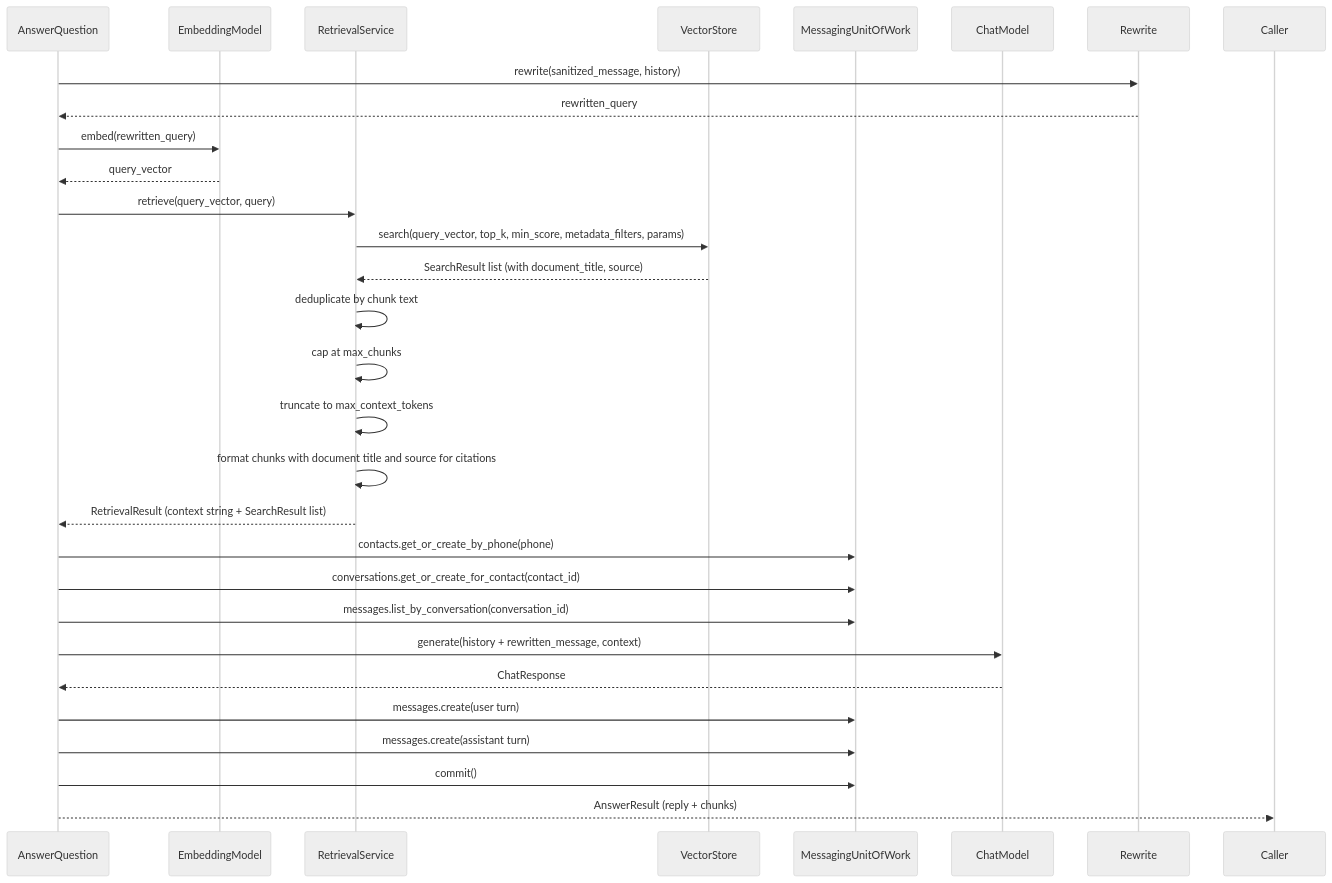
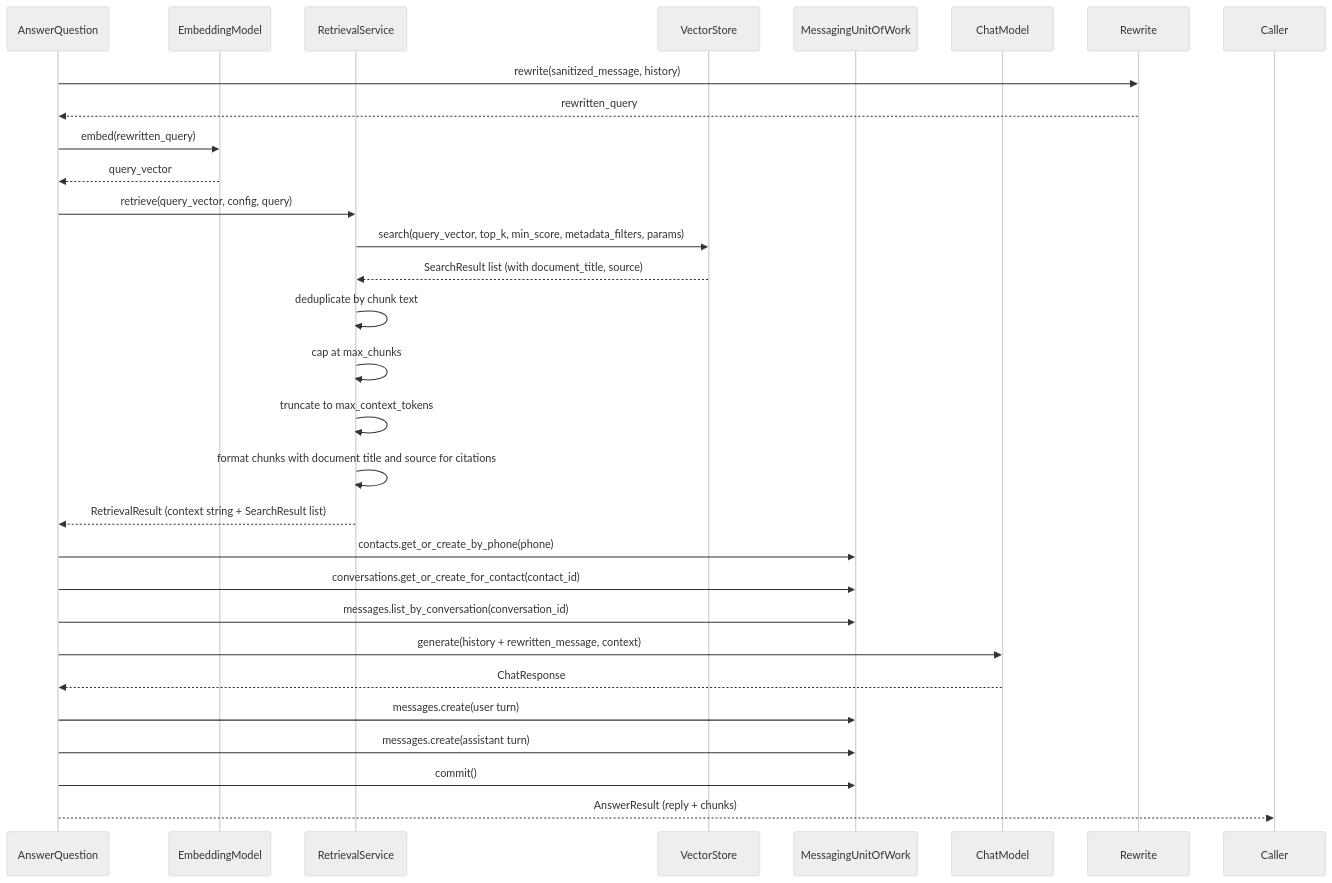
Before and after one commit to camercadop/knowledge-support-ai-agent: the first of 2 diagrams in app/application/support/README.md, drawn with Mermaid (neutral theme). The commit also changed other lines of this file and 17 other files, not shown here.

````diff
--- a/app/application/support/README.md
+++ b/app/application/support/README.md
@@ -33,31 +33,31 @@
 ```mermaid
 sequenceDiagram
     participant UC as AnswerQuestion
     participant Embed as EmbeddingModel
     participant RS as RetrievalService
     participant VS as VectorStore
     participant UoW as MessagingUnitOfWork
     participant LLM as ChatModel
 
     UC->>Rewrite: rewrite(sanitized_message, history)
     Rewrite-->>UC: rewritten_query
     UC->>Embed: embed(rewritten_query)
     Embed-->>UC: query_vector
-    UC->>RS: retrieve(query_vector, query)
+    UC->>RS: retrieve(query_vector, config, query)
     RS->>VS: search(query_vector, top_k, min_score, metadata_filters, params)
     VS-->>RS: SearchResult list (with document_title, source)
     RS->>RS: deduplicate by chunk text
     RS->>RS: cap at max_chunks
     RS->>RS: truncate to max_context_tokens
     RS->>RS: format chunks with document title and source for citations
     RS-->>UC: RetrievalResult (context string + SearchResult list)
     UC->>UoW: contacts.get_or_create_by_phone(phone)
     UC->>UoW: conversations.get_or_create_for_contact(contact_id)
     UC->>UoW: messages.list_by_conversation(conversation_id)
     UC->>LLM: generate(history + rewritten_message, context)
     LLM-->>UC: ChatResponse
     UC->>UoW: messages.create(user turn)
     UC->>UoW: messages.create(assistant turn)
     UC->>UoW: commit()
     UC-->>Caller: AnswerResult (reply + chunks)
 ```
````
